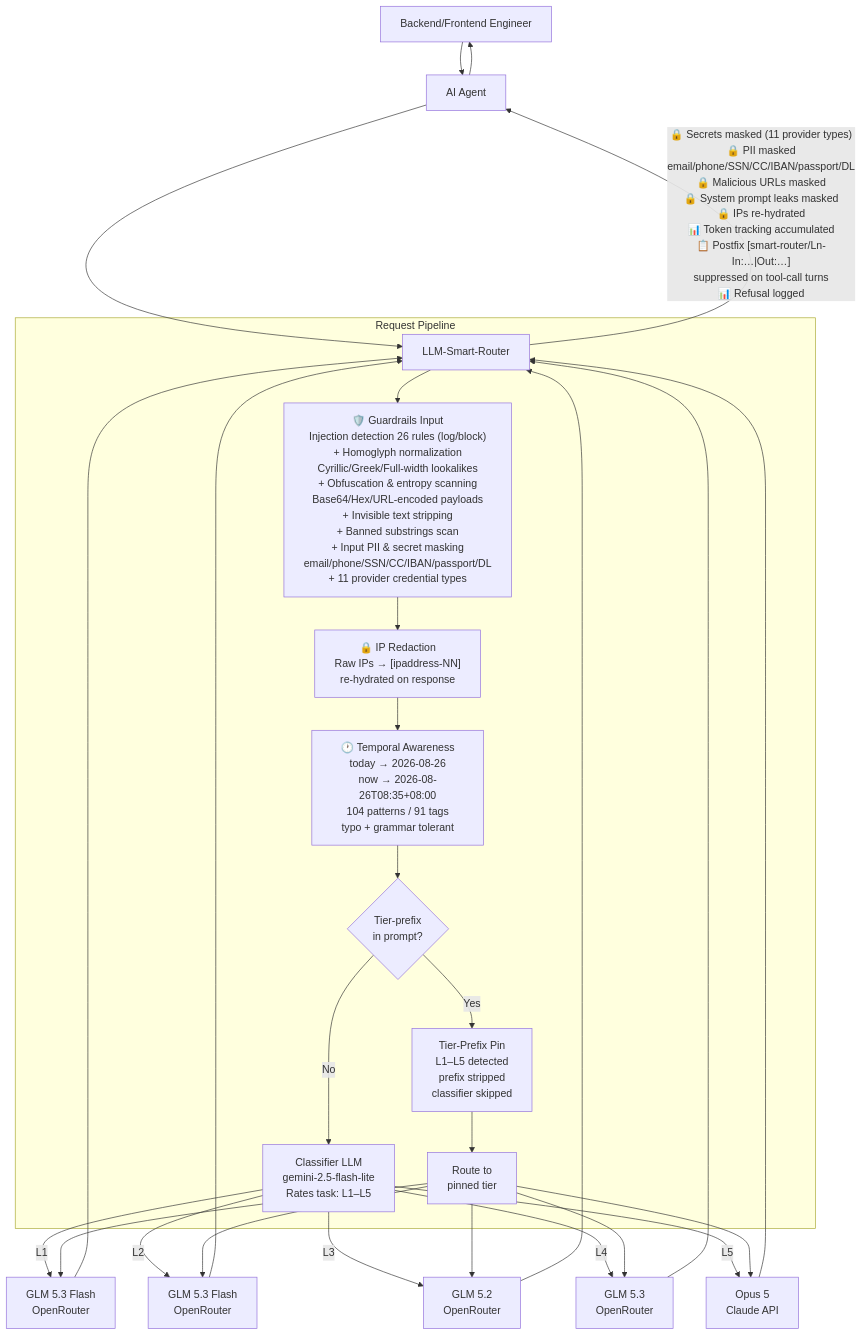
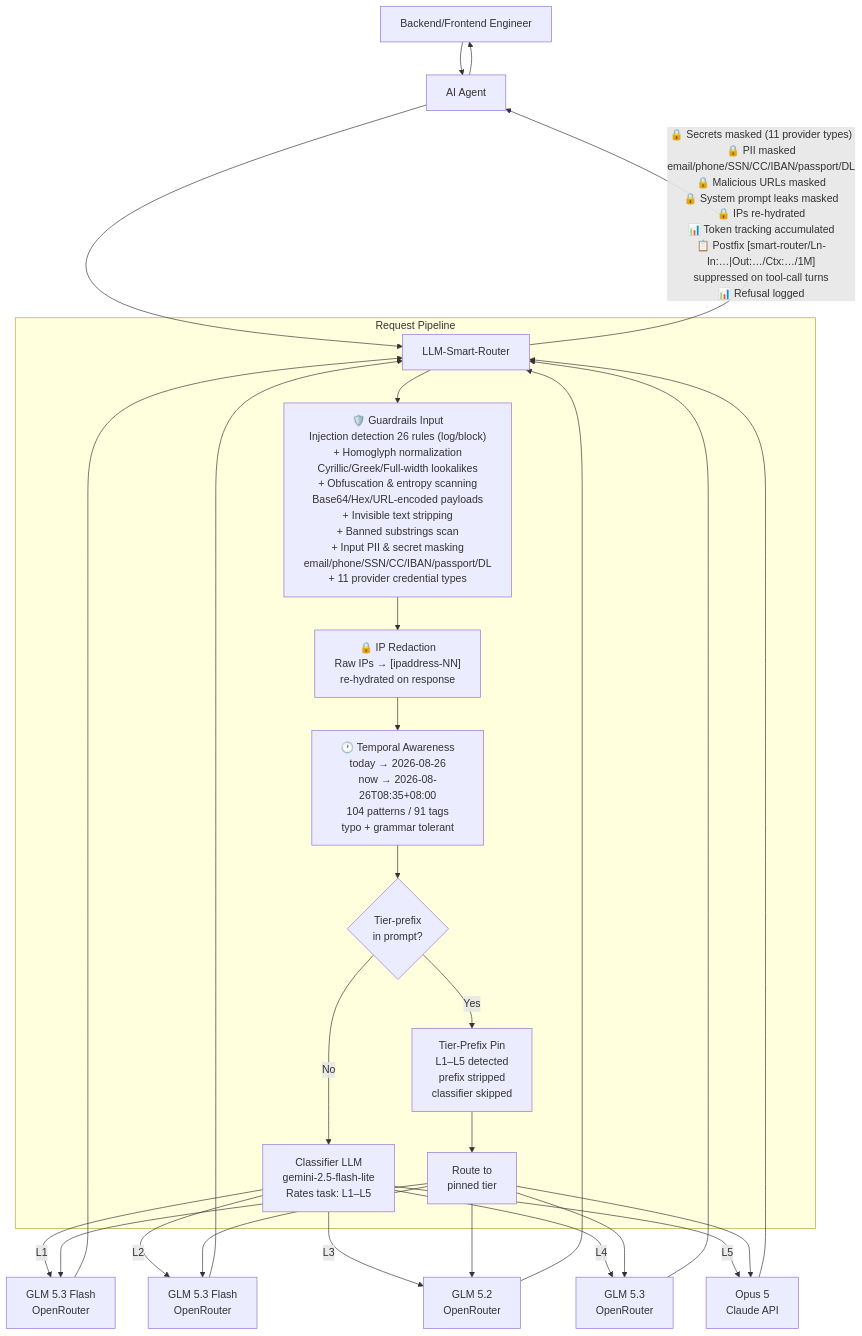
The diagram in README.md (Green-Needle-Tech/llm-smart-router), drawn with Mermaid before and after one commit. The commit also changed 1 other file, not shown here.

Commit message:
docs: update README and spec for v2.18.0 (context window tracking in postfix)

````diff
--- a/README.md
+++ b/README.md
@@ -258,35 +258,35 @@
 ```mermaid
 flowchart TD
     A[Backend/Frontend Engineer] --> B[AI Agent]
     B --> C[LLM-Smart-Router]
 
     subgraph Router [Request Pipeline]
         C --> P1["🛡️ Guardrails Input<br/>Injection detection 26 rules (log/block)<br/>+ Homoglyph normalization<br/>Cyrillic/Greek/Full-width lookalikes<br/>+ Obfuscation & entropy scanning<br/>Base64/Hex/URL-encoded payloads<br/>+ Invisible text stripping<br/>+ Banned substrings scan<br/>+ Input PII & secret masking<br/>email/phone/SSN/CC/IBAN/passport/DL<br/>+ 11 provider credential types"]
         P1 --> P2["🔒 IP Redaction<br/>Raw IPs → [ipaddress-NN]<br/>re-hydrated on response"]
         P2 --> P2T["🕐 Temporal Awareness<br/>today → 2026-08-26<br/>now → 2026-08-26T08:35+08:00<br/>104 patterns / 91 tags<br/>typo + grammar tolerant"]
         P2T --> TP{"Tier-prefix<br/>in prompt?"}
         TP -->|Yes| TP2["Tier-Prefix Pin<br/>L1–L5 detected<br/>prefix stripped<br/>classifier skipped"]
         TP -->|No| D["Classifier LLM<br/>gemini-2.5-flash-lite<br/>Rates task: L1–L5"]
         TP2 --> D2["Route to<br/>pinned tier"]
     end
 
     D -->|L1| E[GLM 5.3 Flash<br/>OpenRouter]
     D -->|L2| F[GLM 5.3 Flash<br/>OpenRouter]
     D -->|L3| F2[GLM 5.2<br/>OpenRouter]
     D -->|L4| F3[GLM 5.3<br/>OpenRouter]
     D -->|L5| H[Opus 5<br/>Claude API]
     D2 --> E
     D2 --> F
     D2 --> F2
     D2 --> F3
     D2 --> H
 
     E --> C
     F --> C
     F2 --> C
     F3 --> C
     H --> C
 
-    C -->|"🔒 Secrets masked (11 provider types)<br/>🔒 PII masked<br/>email/phone/SSN/CC/IBAN/passport/DL<br/>🔒 Malicious URLs masked<br/>🔒 System prompt leaks masked<br/>🔒 IPs re-hydrated<br/>📊 Token tracking accumulated<br/>📋 Postfix [smart-router/Ln-In:…|Out:…]<br/>suppressed on tool-call turns<br/>📊 Refusal logged"| B
+    C -->|"🔒 Secrets masked (11 provider types)<br/>🔒 PII masked<br/>email/phone/SSN/CC/IBAN/passport/DL<br/>🔒 Malicious URLs masked<br/>🔒 System prompt leaks masked<br/>🔒 IPs re-hydrated<br/>📊 Token tracking accumulated<br/>📋 Postfix [smart-router/Ln-In:…|Out:…/Ctx:…/1M]<br/>suppressed on tool-call turns<br/>📊 Refusal logged"| B
     B --> A
 ```
````
